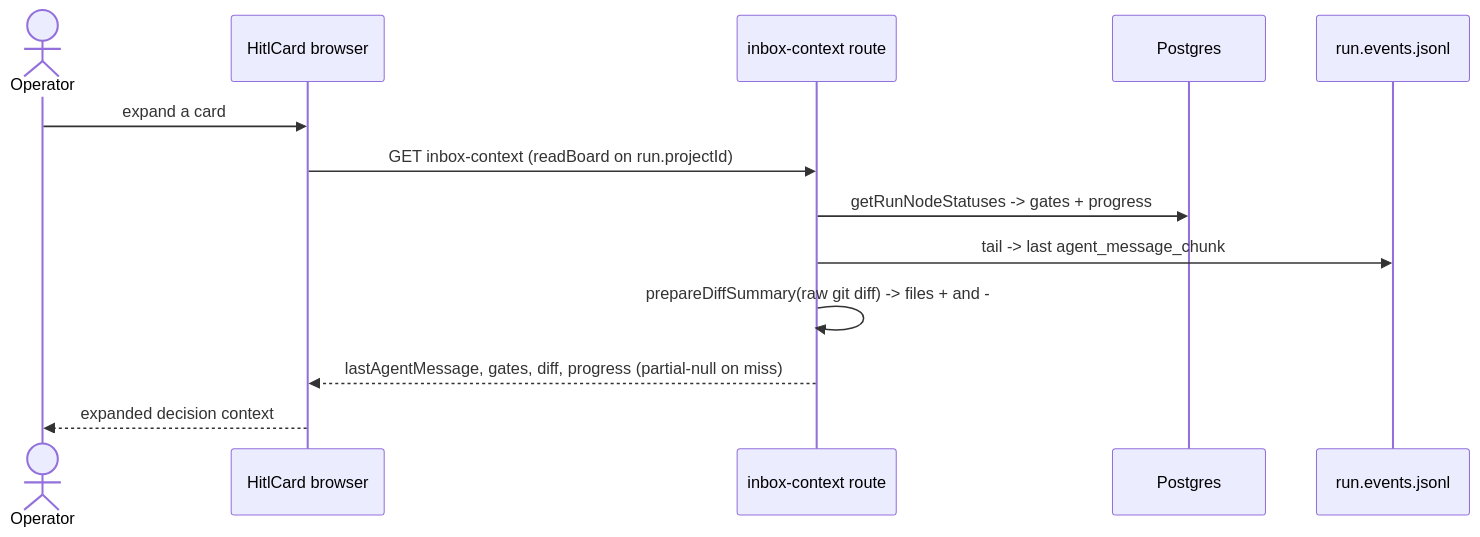
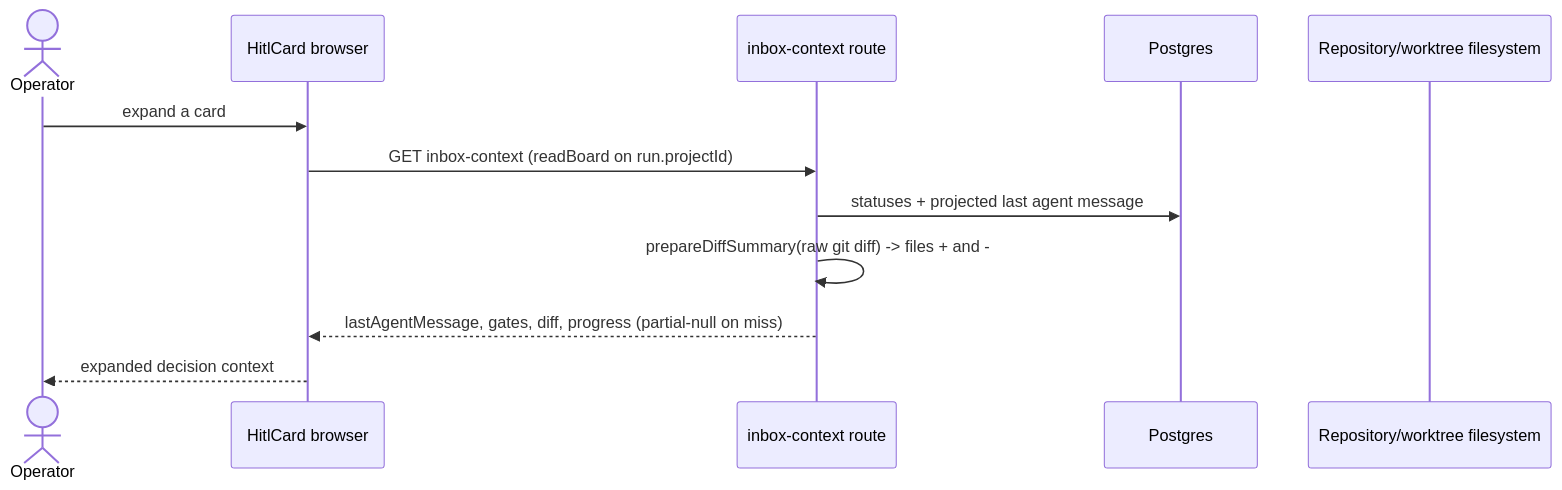
Diagram 11 of 17 in docs/system-analytics/hitl.md (maister-dev/maister), drawn with Mermaid before and after one commit. The commit also changed other lines of this file and 41 other files, not shown here.

````diff
--- a/docs/system-analytics/hitl.md
+++ b/docs/system-analytics/hitl.md
@@ -643,16 +643,15 @@
 ```mermaid
 sequenceDiagram
     actor U as Operator
     participant C as HitlCard browser
     participant R as inbox-context route
     participant DB as Postgres
-    participant FS as run.events.jsonl
+    participant FS as Repository/worktree filesystem
 
     U->>C: expand a card
     C->>R: GET inbox-context (readBoard on run.projectId)
-    R->>DB: getRunNodeStatuses -> gates + progress
-    R->>FS: tail -> last agent_message_chunk
+    R->>DB: statuses + projected last agent message
     R->>R: prepareDiffSummary(raw git diff) -> files + and -
     R-->>C: lastAgentMessage, gates, diff, progress (partial-null on miss)
     C-->>U: expanded decision context
 ```
````
